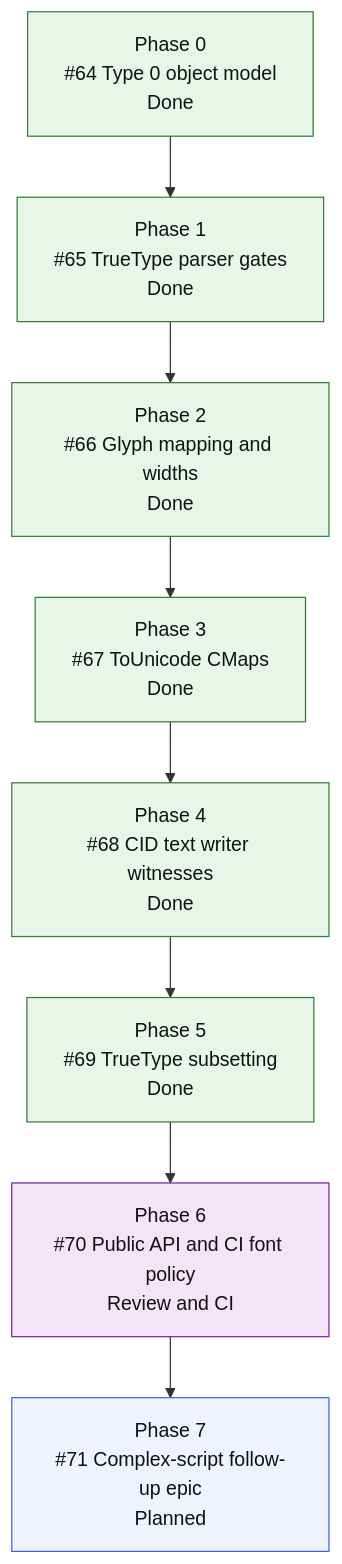
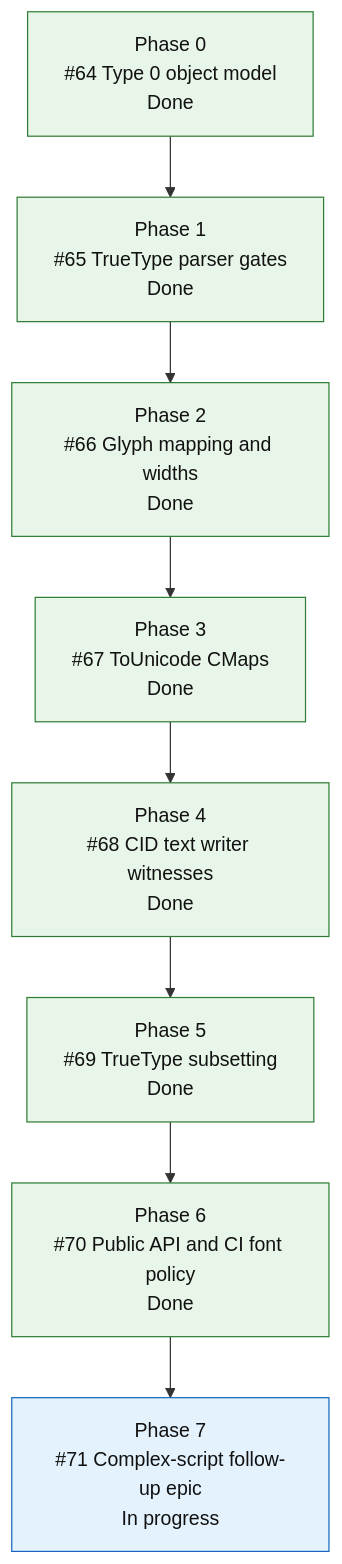
The third of 4 diagrams in README.md (mihaelamj/MarkdownPDF), drawn with Mermaid before and after one commit. The commit also changed other lines of this file and 3 other files, not shown here.

Commit message:
docs(roadmap): seed complex script shaping epic

````diff
--- a/README.md
+++ b/README.md
@@ -271,22 +271,21 @@
 ```mermaid
 flowchart TD
     E0["Phase 0<br/>#64 Type 0 object model<br/>Done"]
     E1["Phase 1<br/>#65 TrueType parser gates<br/>Done"]
     E2["Phase 2<br/>#66 Glyph mapping and widths<br/>Done"]
     E3["Phase 3<br/>#67 ToUnicode CMaps<br/>Done"]
     E4["Phase 4<br/>#68 CID text writer witnesses<br/>Done"]
     E5["Phase 5<br/>#69 TrueType subsetting<br/>Done"]
-    E6["Phase 6<br/>#70 Public API and CI font policy<br/>Review and CI"]
-    E7["Phase 7<br/>#71 Complex-script follow-up epic<br/>Planned"]
+    E6["Phase 6<br/>#70 Public API and CI font policy<br/>Done"]
+    E7["Phase 7<br/>#71 Complex-script follow-up epic<br/>In progress"]
 
     E0 --> E1 --> E2 --> E3 --> E4 --> E5 --> E6 --> E7
 
     classDef done fill:#e8f5e9,stroke:#2e7d32,color:#111;
     classDef active fill:#e3f2fd,stroke:#1565c0,color:#111;
     classDef review fill:#f3e5f5,stroke:#7b1fa2,color:#111;
     classDef next fill:#fff8e1,stroke:#f9a825,color:#111;
     classDef todo fill:#eef3ff,stroke:#3367d6,color:#111;
-    class E0,E1,E2,E3,E4,E5 done;
-    class E6 review;
-    class E7 todo;
+    class E0,E1,E2,E3,E4,E5,E6 done;
+    class E7 active;
 ```
````
